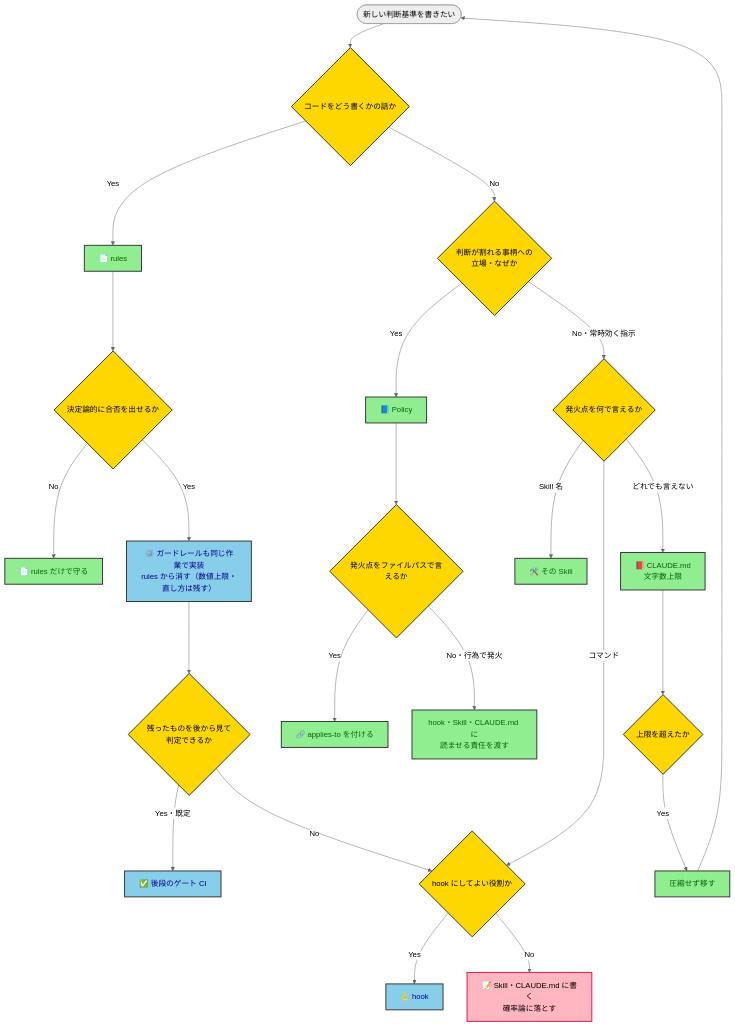
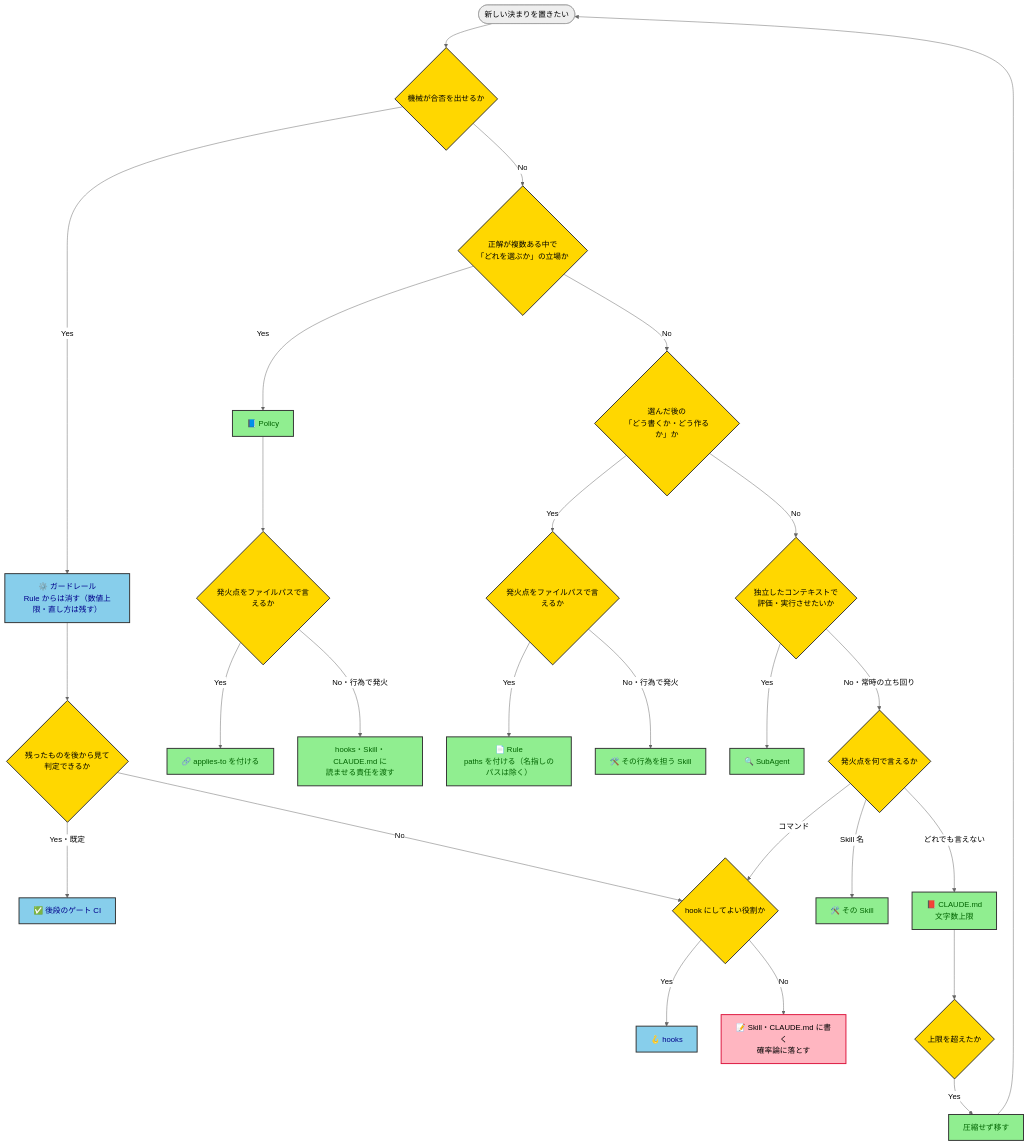
Before and after one commit to kasiopeiya/claude-dev-template: the diagram in docs/policy/policy-driven-development-policy.md, drawn with Mermaid (neutral theme). The commit also changed other lines of this file and 3 other files, not shown here.

````diff
--- a/docs/policy/policy-driven-development-policy.md
+++ b/docs/policy/policy-driven-development-policy.md
@@ -62,41 +72,45 @@
 ```mermaid
 flowchart TD
-    Start(["新しい判断基準を書きたい"]) --> Q1{"コードをどう書くかの話か"}
+    Start(["新しい決まりを置きたい"]) --> Q1{"機械が合否を出せるか"}
 
-    Q1 -->|Yes| Rules["📄 rules"]
-    Q1 -->|No| Q2{"判断が割れる事柄への<br/>立場・なぜか"}
-
-    Rules --> Q3{"決定論的に合否を出せるか"}
-    Q3 -->|No| RulesOnly["📄 rules だけで守る"]
-    Q3 -->|Yes| Guard["⚙️ ガードレールも同じ作業で実装<br/>rules から消す（数値上限・直し方は残す）"]
+    Q1 -->|Yes| Guard["⚙️ ガードレール<br/>Rule からは消す（数値上限・直し方は残す）"]
+    Q1 -->|No| Q2{"正解が複数ある中で<br/>「どれを選ぶか」の立場か"}
 
     Guard --> Q4{"残ったものを後から見て<br/>判定できるか"}
     Q4 -->|"Yes・既定"| CI["✅ 後段のゲート CI"]
     Q4 -->|No| Q5{"hook にしてよい役割か"}
-    Q5 -->|Yes| Hook["🪝 hook"]
+    Q5 -->|Yes| Hook["🪝 hooks"]
     Q5 -->|No| Prose["📝 Skill・CLAUDE.md に書く<br/>確率論に落とす"]
 
     Q2 -->|Yes| Policy["📘 Policy"]
-    Q2 -->|"No・常時効く指示"| Q7{"発火点を何で言えるか"}
+    Q2 -->|No| Q3{"選んだ後の<br/>「どう書くか・どう作るか」か"}
 
     Policy --> Q6{"発火点をファイルパスで言えるか"}
     Q6 -->|Yes| Applies["🔗 applies-to を付ける"]
-    Q6 -->|"No・行為で発火"| NoApplies["hook・Skill・CLAUDE.md に<br/>読ませる責任を渡す"]
+    Q6 -->|"No・行為で発火"| NoApplies["hooks・Skill・CLAUDE.md に<br/>読ませる責任を渡す"]
+
+    Q3 -->|Yes| Q9{"発火点をファイルパスで言えるか"}
+    Q9 -->|Yes| Rule["📄 Rule<br/>paths を付ける（名指しのパスは除く）"]
+    Q9 -->|"No・行為で発火"| SkillHow["🛠️ その行為を担う Skill"]
+    Q3 -->|No| Q10{"独立したコンテキストで<br/>評価・実行させたいか"}
+
+    Q10 -->|Yes| SubAgent["🔍 SubAgent"]
+    Q10 -->|"No・常時の立ち回り"| Q7{"発火点を何で言えるか"}
 
     Q7 -->|コマンド| Q5
     Q7 -->|"Skill 名"| SkillPlace["🛠️ その Skill"]
     Q7 -->|"どれでも言えない"| Claude["📕 CLAUDE.md<br/>文字数上限"]
     Claude --> Q8{"上限を超えたか"}
     Q8 -->|Yes| Move["圧縮せず移す"]
     Move --> Start
 
     classDef decision fill:#FFD700,stroke:#333,stroke-width:2px,color:black
     classDef place fill:#90EE90,stroke:#333,stroke-width:2px,color:darkgreen
     classDef machine fill:#87CEEB,stroke:#333,stroke-width:2px,color:darkblue
     classDef weak fill:#FFB6C1,stroke:#DC143C,stroke-width:2px,color:black
 
-    class Q1,Q2,Q3,Q4,Q5,Q6,Q7,Q8 decision
-    class Rules,RulesOnly,Policy,Applies,NoApplies,SkillPlace,Claude,Move place
+    class Q1,Q2,Q3,Q4,Q5,Q6,Q7,Q8,Q9,Q10 decision
+    class Policy,Applies,NoApplies,Rule,SkillHow,SubAgent,SkillPlace,Claude,Move place
     class Guard,CI,Hook machine
     class Prose weak
 ```
````
